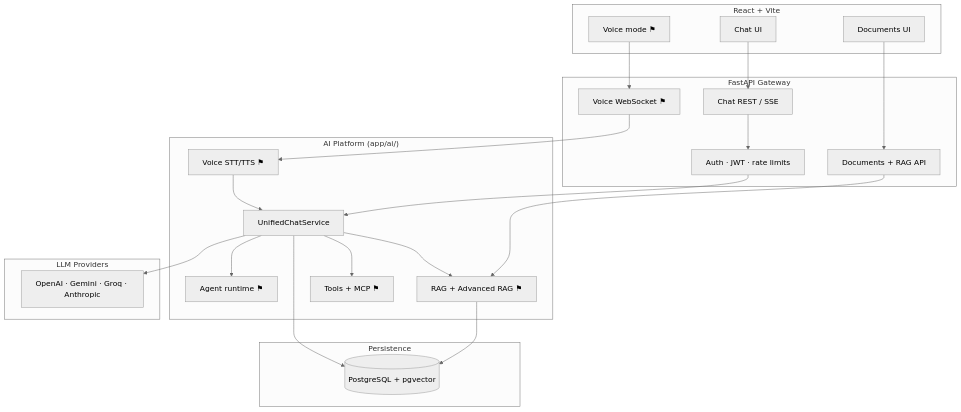
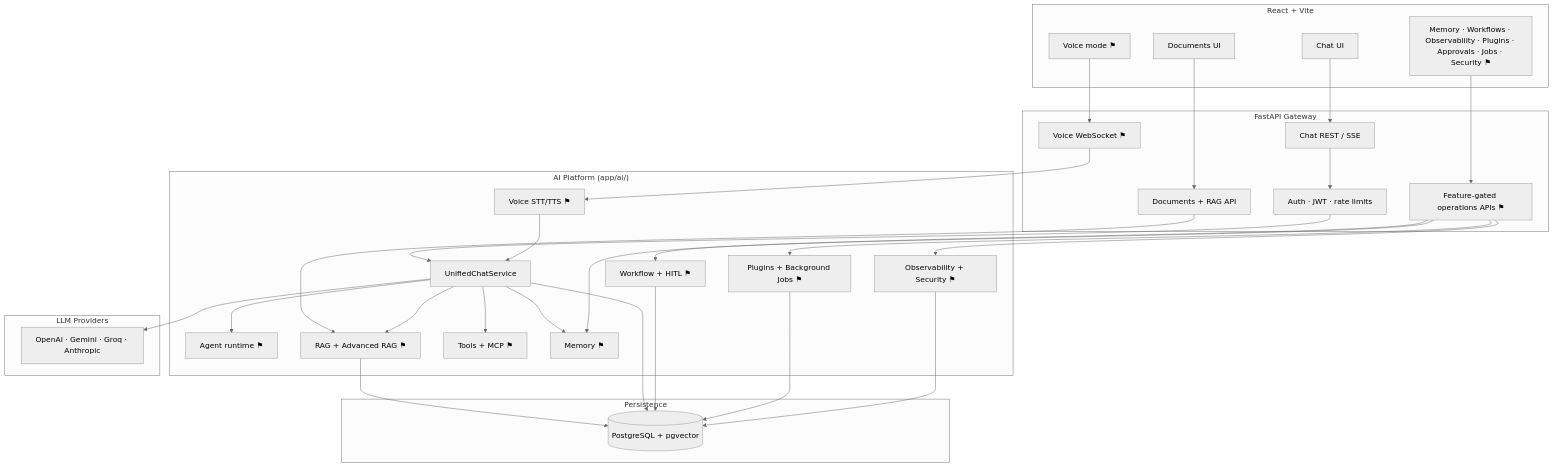
One commit to pateatlau/fullstack-ai-platform changed the diagram in README.md. Above: the diagram before and after it, drawn with Mermaid (neutral theme). The commit also changed other lines of this file and 11 other files, not shown here.

First line of the commit message:
feat: complete V2 Epic 11 security governance and document V2 release (#225)

````diff
--- a/README.md
+++ b/README.md
@@ -48,44 +73,59 @@
 ```mermaid
 flowchart TB
   subgraph Client["React + Vite"]
     Chat["Chat UI"]
     DocsUI["Documents UI"]
     VoiceUI["Voice mode ⚑"]
+    OpsUI["Memory · Workflows · Observability · Plugins · Approvals · Jobs · Security ⚑"]
   end
 
   subgraph API["FastAPI Gateway"]
     Auth["Auth · JWT · rate limits"]
     ChatAPI["Chat REST / SSE"]
     VoiceWS["Voice WebSocket ⚑"]
     DocAPI["Documents + RAG API"]
+    OpsAPI["Feature-gated operations APIs ⚑"]
   end
 
   subgraph Platform["AI Platform (app/ai/)"]
     UCS["UnifiedChatService"]
     Agent["Agent runtime ⚑"]
     RAG["RAG + Advanced RAG ⚑"]
     Tools["Tools + MCP ⚑"]
     Voice["Voice STT/TTS ⚑"]
+    Memory["Memory ⚑"]
+    Workflow["Workflow + HITL ⚑"]
+    Extensions["Plugins + Background Jobs ⚑"]
+    Governance["Observability + Security ⚑"]
   end
 
   subgraph Providers["LLM Providers"]
     LLM["OpenAI · Gemini · Groq · Anthropic"]
   end
 
   subgraph Data["Persistence"]
     PG[("PostgreSQL + pgvector")]
   end
 
   Chat --> ChatAPI
   VoiceUI --> VoiceWS
   DocsUI --> DocAPI
+  OpsUI --> OpsAPI
   ChatAPI --> Auth --> UCS
   VoiceWS --> Voice --> UCS
   DocAPI --> RAG
   UCS --> Agent
   UCS --> RAG
   UCS --> Tools
   UCS --> LLM
+  UCS --> Memory
+  OpsAPI --> Memory
+  OpsAPI --> Workflow
+  OpsAPI --> Extensions
+  OpsAPI --> Governance
   RAG --> PG
   UCS --> PG
+  Workflow --> PG
+  Extensions --> PG
+  Governance --> PG
 ```
````
